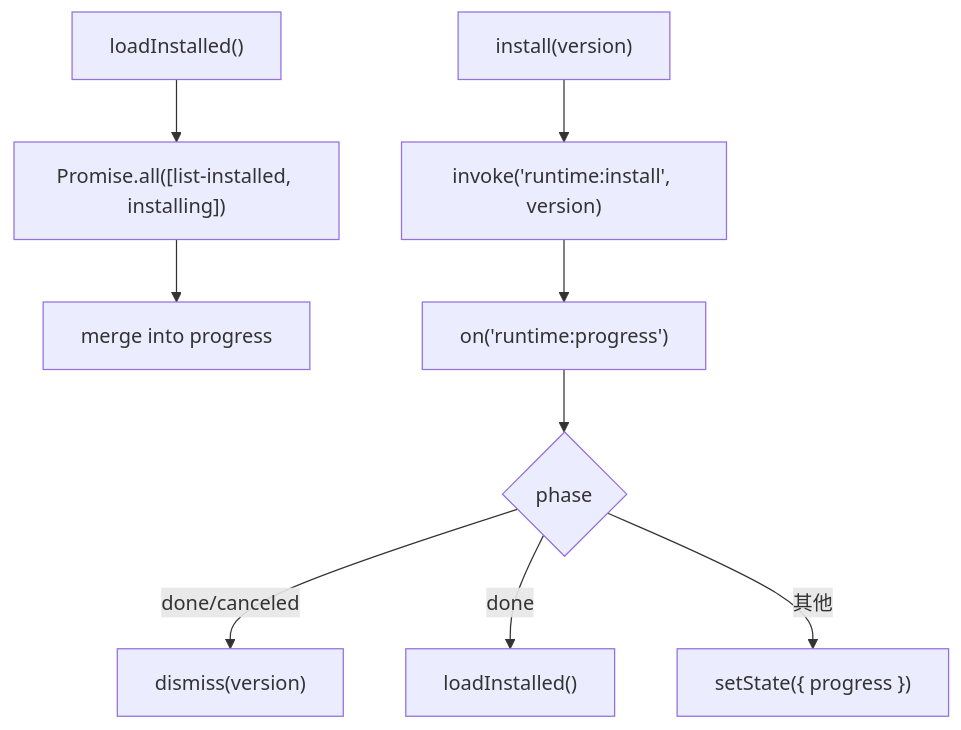
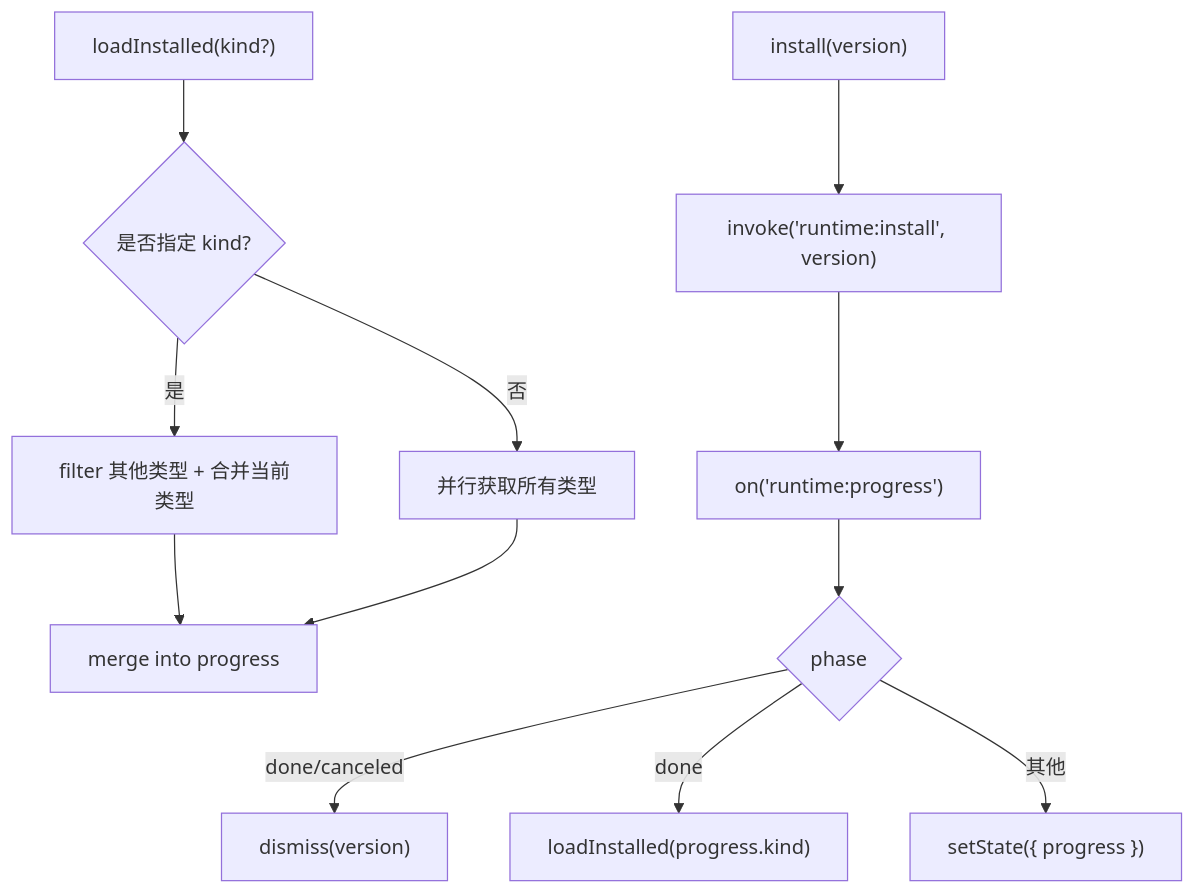
Before and after one commit to hozeeee/script-box: the sixth of 10 diagrams in .qoder/repowiki/zh/content/前端应用架构/状态管理.md, drawn with Mermaid. The commit also changed other lines of this file and 8 other files, not shown here.

````diff
--- a/.qoder/repowiki/zh/content/前端应用架构/状态管理.md
+++ b/.qoder/repowiki/zh/content/前端应用架构/状态管理.md
@@ -280,11 +304,14 @@
 ```mermaid
 flowchart TD
-LoadInstalled["loadInstalled()"] --> Parallel["Promise.all([list-installed, installing])"]
-Parallel --> MergeProgress["merge into progress"]
+LoadInstalled["loadInstalled(kind?)"] --> CheckKind{"是否指定 kind?"}
+CheckKind --> |是| Selective["filter 其他类型 + 合并当前类型"]
+CheckKind --> |否| FullReload["并行获取所有类型"]
+Selective --> MergeProgress["merge into progress"]
+FullReload --> MergeProgress
 Install["install(version)"] --> InvokeInstall["invoke('runtime:install', version)"]
 InvokeInstall --> ProgressEvent["on('runtime:progress')"]
 ProgressEvent --> Phase{"phase"}
 Phase --> |done/canceled| Dismiss["dismiss(version)"]
-Phase --> |done| Reload["loadInstalled()"]
+Phase --> |done| SelectiveReload["loadInstalled(progress.kind)"]
 Phase --> |其他| UpdateProgress["setState({ progress })"]
 ```
````
